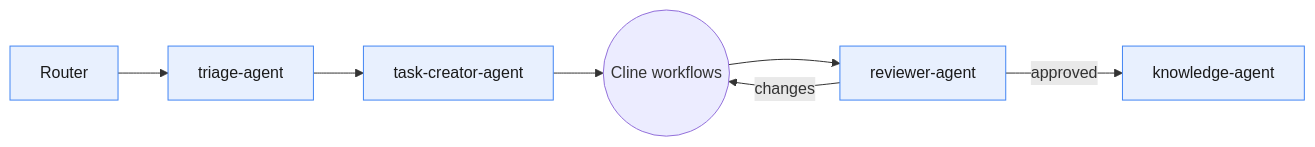
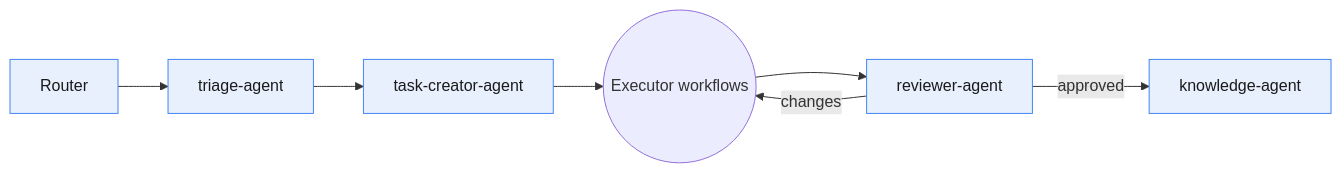
One commit to Vtquan123/strix changed the diagram in reference/docs/agents.md. Above: the diagram before and after it, drawn with Mermaid. The commit also changed other lines of this file and 95 other files, not shown here.

````diff
--- a/reference/docs/agents.md
+++ b/reference/docs/agents.md
@@ -7,11 +7,11 @@
 ```mermaid
 flowchart LR
     R[Router] --> T[triage-agent]
     T --> C[task-creator-agent]
-    C --> X((Cline workflows))
+    C --> X((Executor workflows))
     X --> V[reviewer-agent]
     V -->|approved| K[knowledge-agent]
     V -->|changes| X
     classDef think fill:#e8f0fe,stroke:#4285f4,color:#1a1a1a;
     class R,T,C,V,K think;
 ```
````
